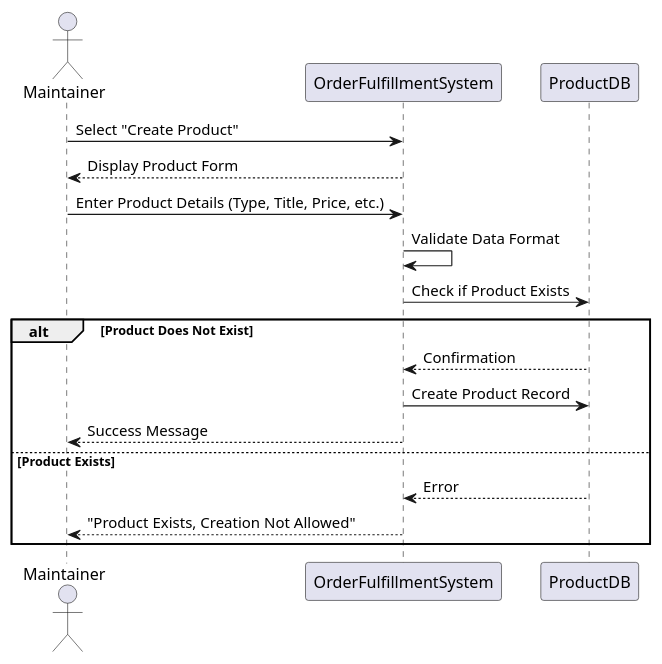
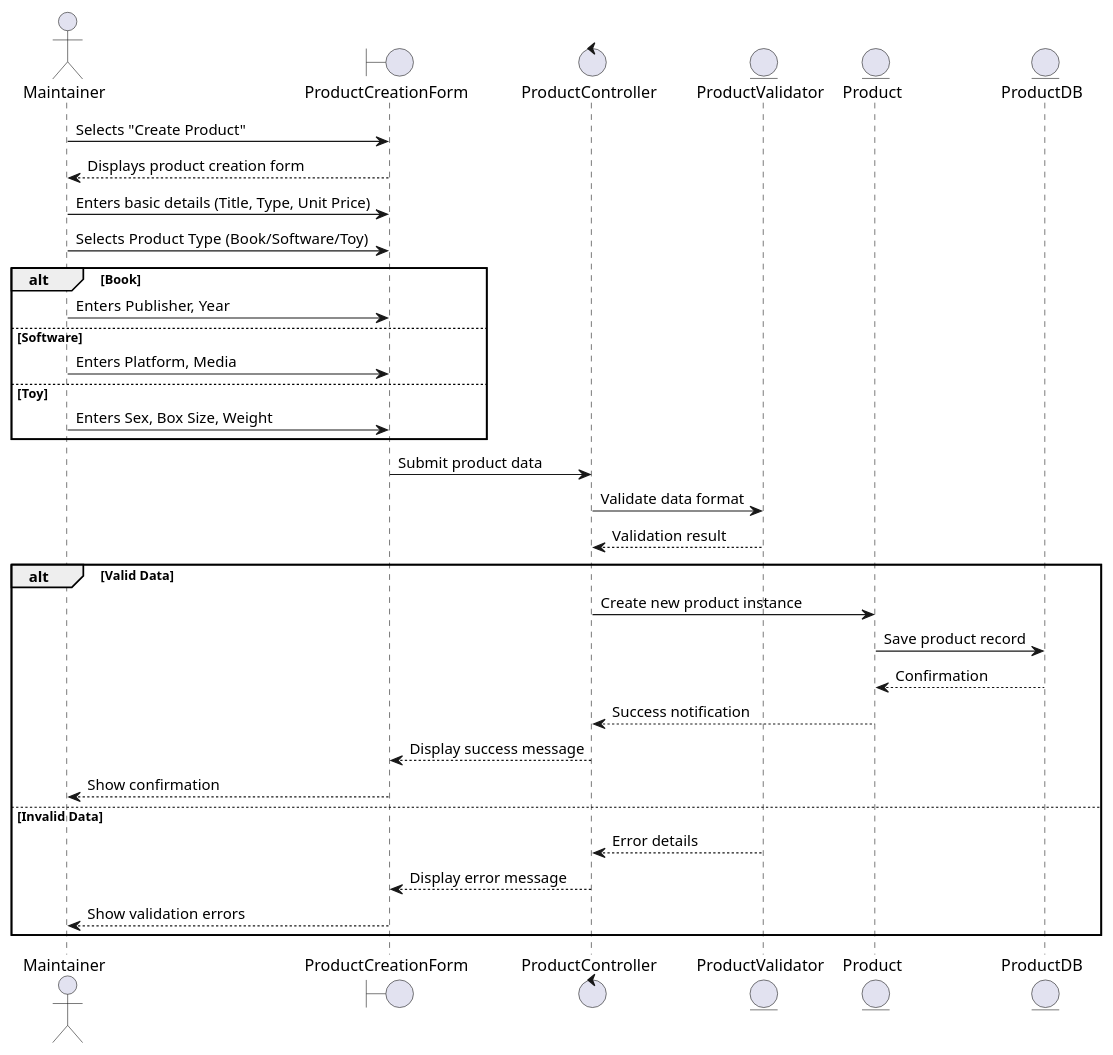
One commit to douglasswmcst/SAD_USECASE_ACTIVITY changed the diagram in create_product.puml. Above: the diagram before and after it, drawn with PlantUML. The commit also changed 4 other files, not shown here.

```diff
--- a/create_product.puml
+++ b/create_product.puml
@@ -1,19 +1,40 @@
 @startuml CreateProductSequence
 actor Maintainer
-participant "OrderFulfillmentSystem" as OFS
-participant "ProductDB" as DB
+boundary "ProductCreationForm" as Form
+control "ProductController" as Controller
+entity "ProductValidator" as Validator
+entity "Product" as Product
+entity "ProductDB" as DB
 
-Maintainer -> OFS: Select "Create Product"
-OFS --> Maintainer: Display Product Form
-Maintainer -> OFS: Enter Product Details (Type, Title, Price, etc.)
-OFS -> OFS: Validate Data Format
-OFS -> DB: Check if Product Exists
-alt Product Does Not Exist
-    DB --> OFS: Confirmation
-    OFS -> DB: Create Product Record
-    OFS --> Maintainer: Success Message
-else Product Exists
-    DB --> OFS: Error
-    OFS --> Maintainer: "Product Exists, Creation Not Allowed"
+Maintainer -> Form: Selects "Create Product"
+Form --> Maintainer: Displays product creation form
+
+Maintainer -> Form: Enters basic details (Title, Type, Unit Price)
+Maintainer -> Form: Selects Product Type (Book/Software/Toy)
+
+alt Book
+    Maintainer -> Form: Enters Publisher, Year
+else Software
+    Maintainer -> Form: Enters Platform, Media
+else Toy
+    Maintainer -> Form: Enters Sex, Box Size, Weight
 end
+
+Form -> Controller: Submit product data
+Controller -> Validator: Validate data format
+Validator --> Controller: Validation result
+
+alt Valid Data
+    Controller -> Product: Create new product instance
+    Product -> DB: Save product record
+    DB --> Product: Confirmation
+    Product --> Controller: Success notification
+    Controller --> Form: Display success message
+    Form --> Maintainer: Show confirmation
+else Invalid Data
+    Validator --> Controller: Error details
+    Controller --> Form: Display error message
+    Form --> Maintainer: Show validation errors
+end
+
 @enduml
```
